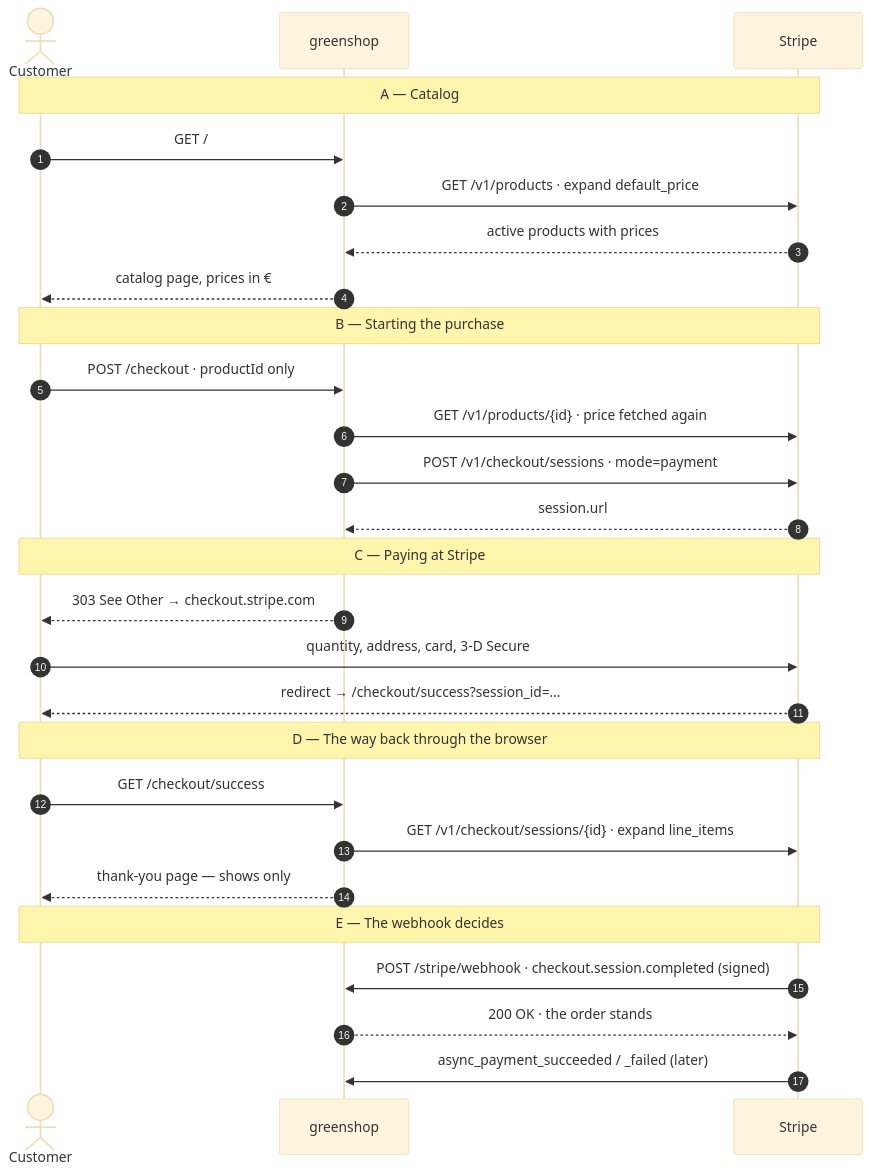
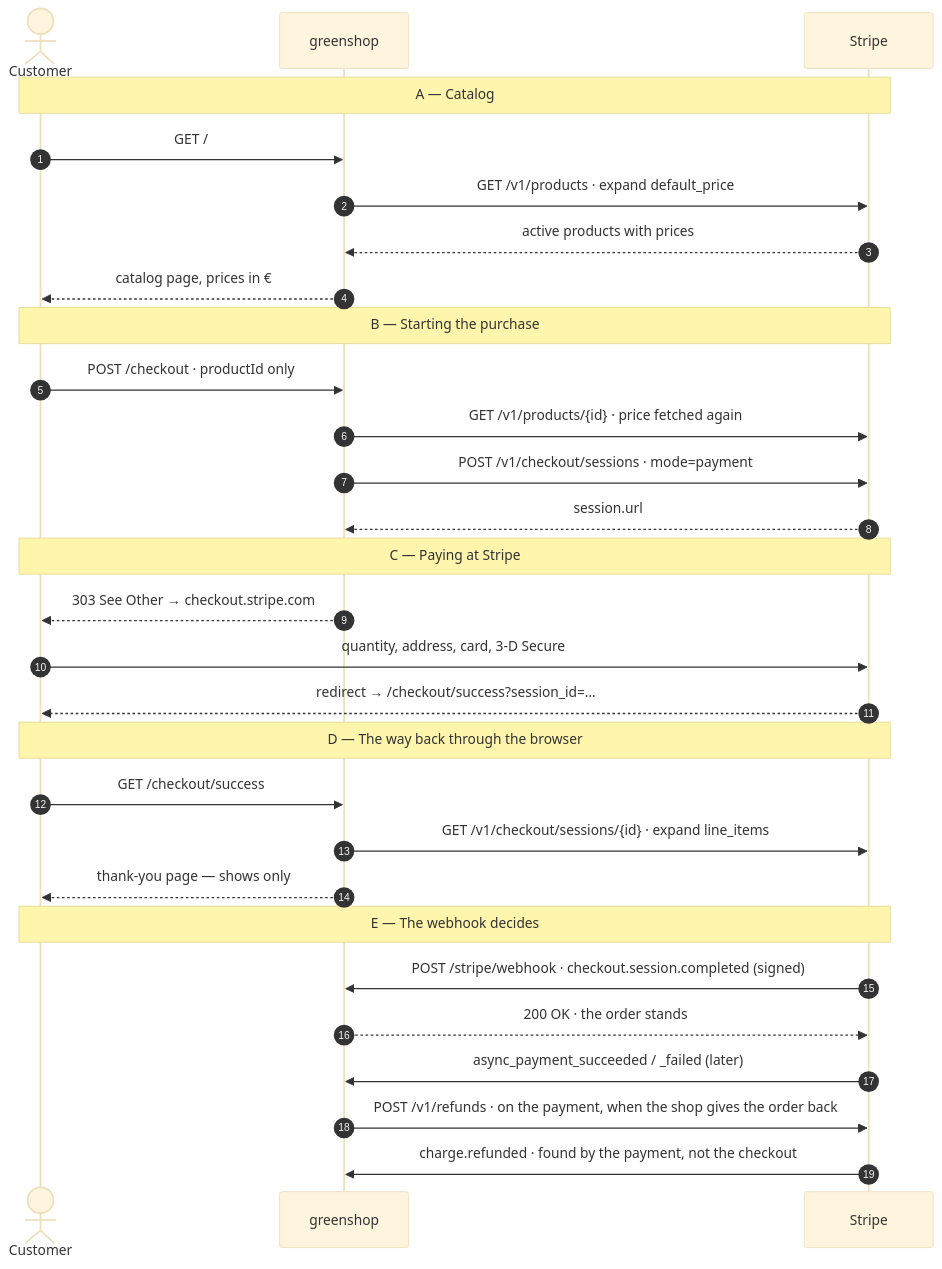
One commit to ostfale/greenshop changed the diagram in docs/payment-flow.md. Above: the diagram before and after it, drawn with Mermaid (base theme). The commit also changed other lines of this file and 27 other files, not shown here.

First line of the commit message:
Give a paid order back

````diff
--- a/docs/payment-flow.md
+++ b/docs/payment-flow.md
@@ -16,34 +16,36 @@
 ```mermaid
 sequenceDiagram
     autonumber
     actor C as Customer
     participant G as greenshop
     participant S as Stripe
 
     Note over C,S: A — Catalog
     C->>G: GET /
     G->>S: GET /v1/products · expand default_price
     S-->>G: active products with prices
     G-->>C: catalog page, prices in €
 
     Note over C,S: B — Starting the purchase
     C->>G: POST /checkout · productId only
     G->>S: GET /v1/products/{id} · price fetched again
     G->>S: POST /v1/checkout/sessions · mode=payment
     S-->>G: session.url
 
     Note over C,S: C — Paying at Stripe
     G-->>C: 303 See Other → checkout.stripe.com
     C->>S: quantity, address, card, 3-D Secure
     S-->>C: redirect → /checkout/success?session_id=…
 
     Note over C,S: D — The way back through the browser
     C->>G: GET /checkout/success
     G->>S: GET /v1/checkout/sessions/{id} · expand line_items
     G-->>C: thank-you page — shows only
 
     Note over C,S: E — The webhook decides
     S->>G: POST /stripe/webhook · checkout.session.completed (signed)
     G-->>S: 200 OK · the order stands
     S->>G: async_payment_succeeded / _failed (later)
+    G->>S: POST /v1/refunds · on the payment, when the shop gives the order back
+    S->>G: charge.refunded · found by the payment, not the checkout
 ```
````
